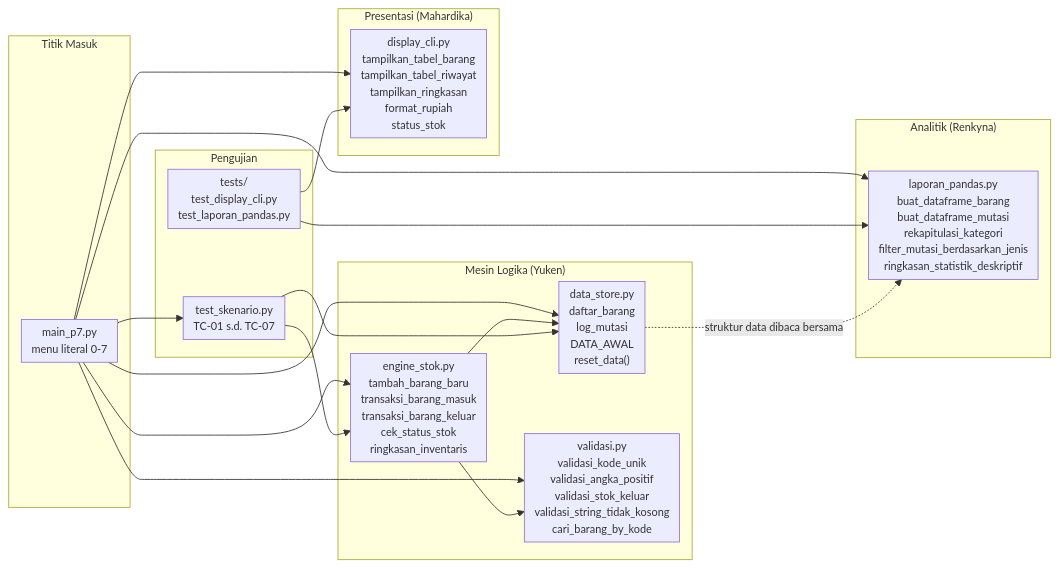
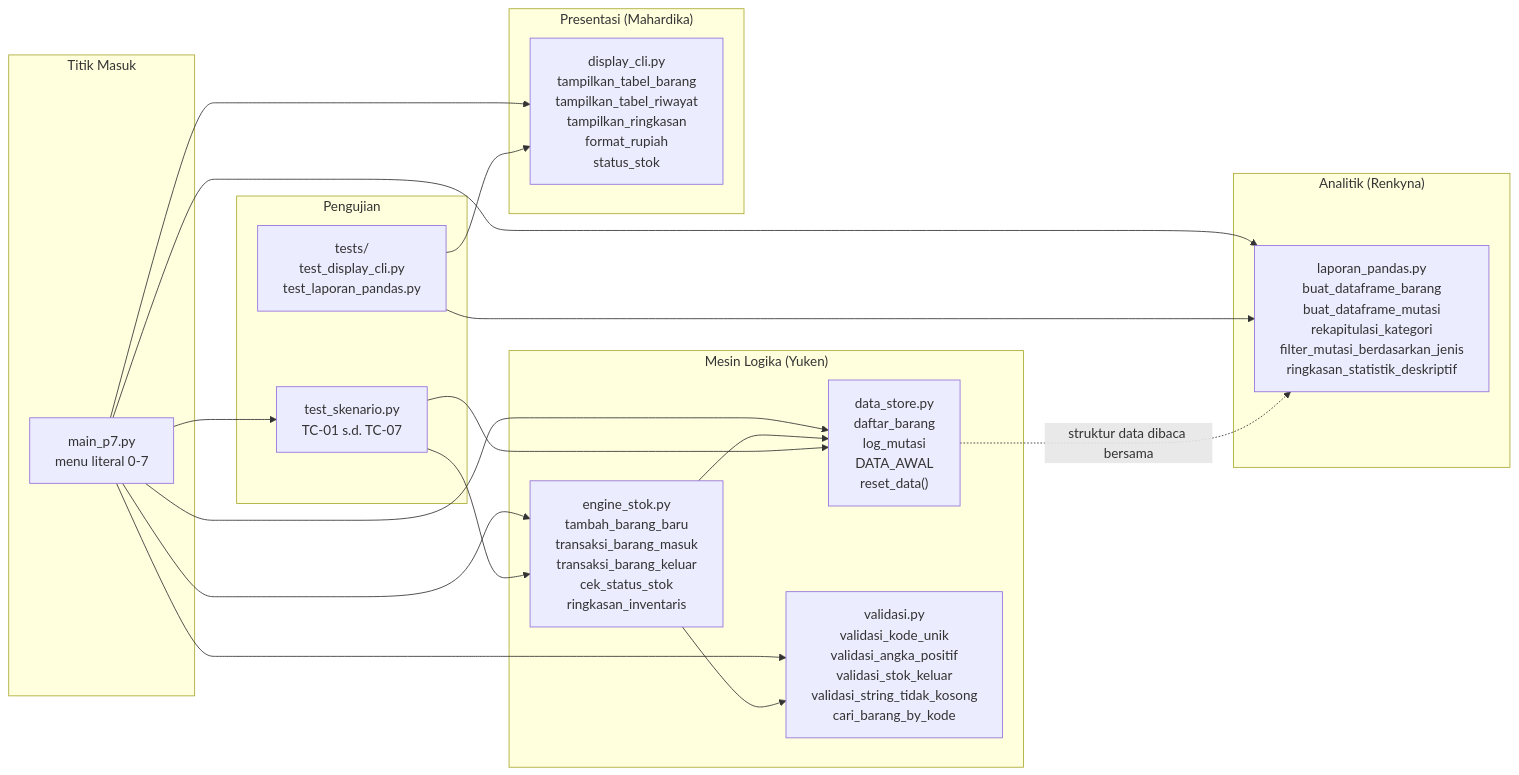
The diagram in docs/diagrams/01-arsitektur-sistem.mmd (Curzyori/Stokku-Desktop), drawn with Mermaid before and after one commit. The commit also changed 20 other files, not shown here.

Commit message:
fix: hapus direktif init mermaid yang membuat diagram gagal render di GitHub

```diff
--- a/docs/diagrams/01-arsitektur-sistem.mmd
+++ b/docs/diagrams/01-arsitektur-sistem.mmd
@@ -1,38 +1,37 @@
-%%{init: {"flowchart": {"nodeSpacing": 22, "rankSpacing": 30, "padding": 6}, "themeVariables": {"fontSize": "13px"}}}%%
 flowchart LR
     subgraph Entry["Titik Masuk"]
         MAIN["main_p7.py<br/>menu literal 0-7"]
     end
 
     subgraph Core["Mesin Logika (Yuken)"]
         DS["data_store.py<br/>daftar_barang<br/>log_mutasi<br/>DATA_AWAL<br/>reset_data()"]
         VAL["validasi.py<br/>validasi_kode_unik<br/>validasi_angka_positif<br/>validasi_stok_keluar<br/>validasi_string_tidak_kosong<br/>cari_barang_by_kode"]
         ENG["engine_stok.py<br/>tambah_barang_baru<br/>transaksi_barang_masuk<br/>transaksi_barang_keluar<br/>cek_status_stok<br/>ringkasan_inventaris"]
     end
 
     subgraph View["Presentasi (Mahardika)"]
         DISP["display_cli.py<br/>tampilkan_tabel_barang<br/>tampilkan_tabel_riwayat<br/>tampilkan_ringkasan<br/>format_rupiah<br/>status_stok"]
     end
 
     subgraph Report["Analitik (Renkyna)"]
         PAND["laporan_pandas.py<br/>buat_dataframe_barang<br/>buat_dataframe_mutasi<br/>rekapitulasi_kategori<br/>filter_mutasi_berdasarkan_jenis<br/>ringkasan_statistik_deskriptif"]
     end
 
     subgraph Tester["Pengujian"]
         TEST["test_skenario.py<br/>TC-01 s.d. TC-07"]
         UNIT["tests/<br/>test_display_cli.py<br/>test_laporan_pandas.py"]
     end
 
     MAIN --> DS
     MAIN --> VAL
     MAIN --> ENG
     MAIN --> DISP
     MAIN --> PAND
     MAIN --> TEST
     ENG --> VAL
     ENG --> DS
     TEST --> DS
     TEST --> ENG
     UNIT --> DISP
     UNIT --> PAND
     DS -.->|"struktur data dibaca bersama"| PAND
```
